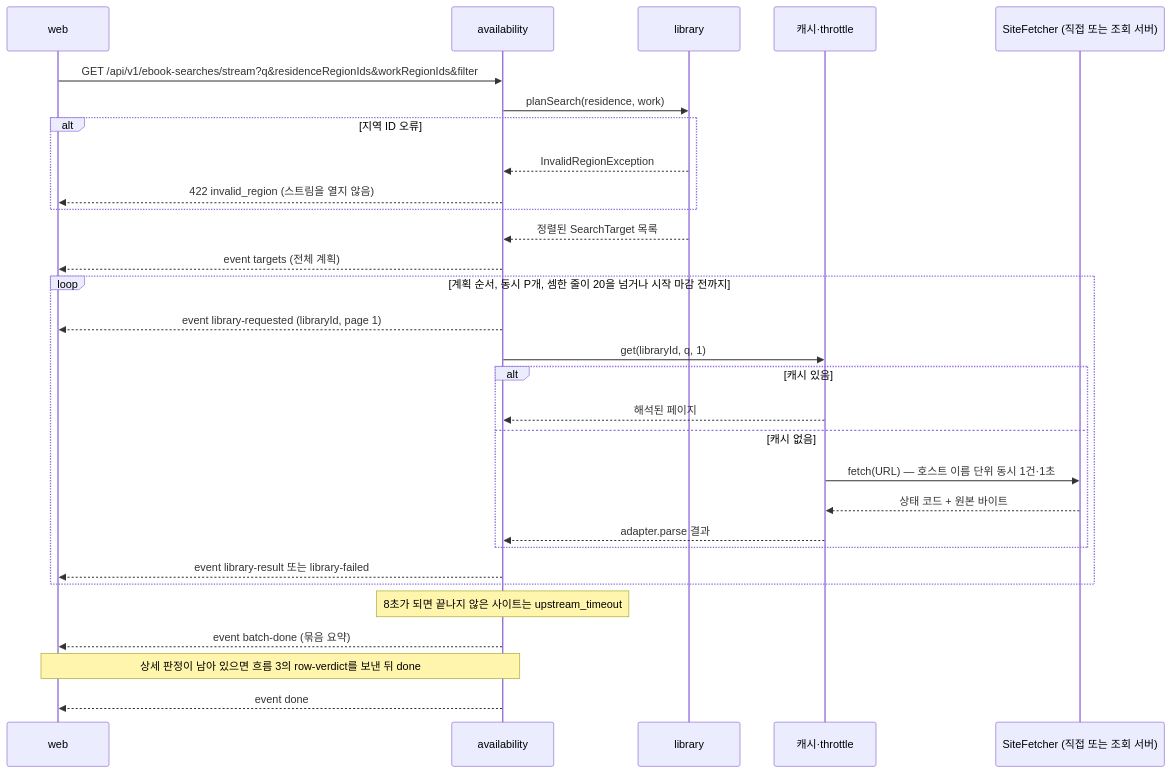
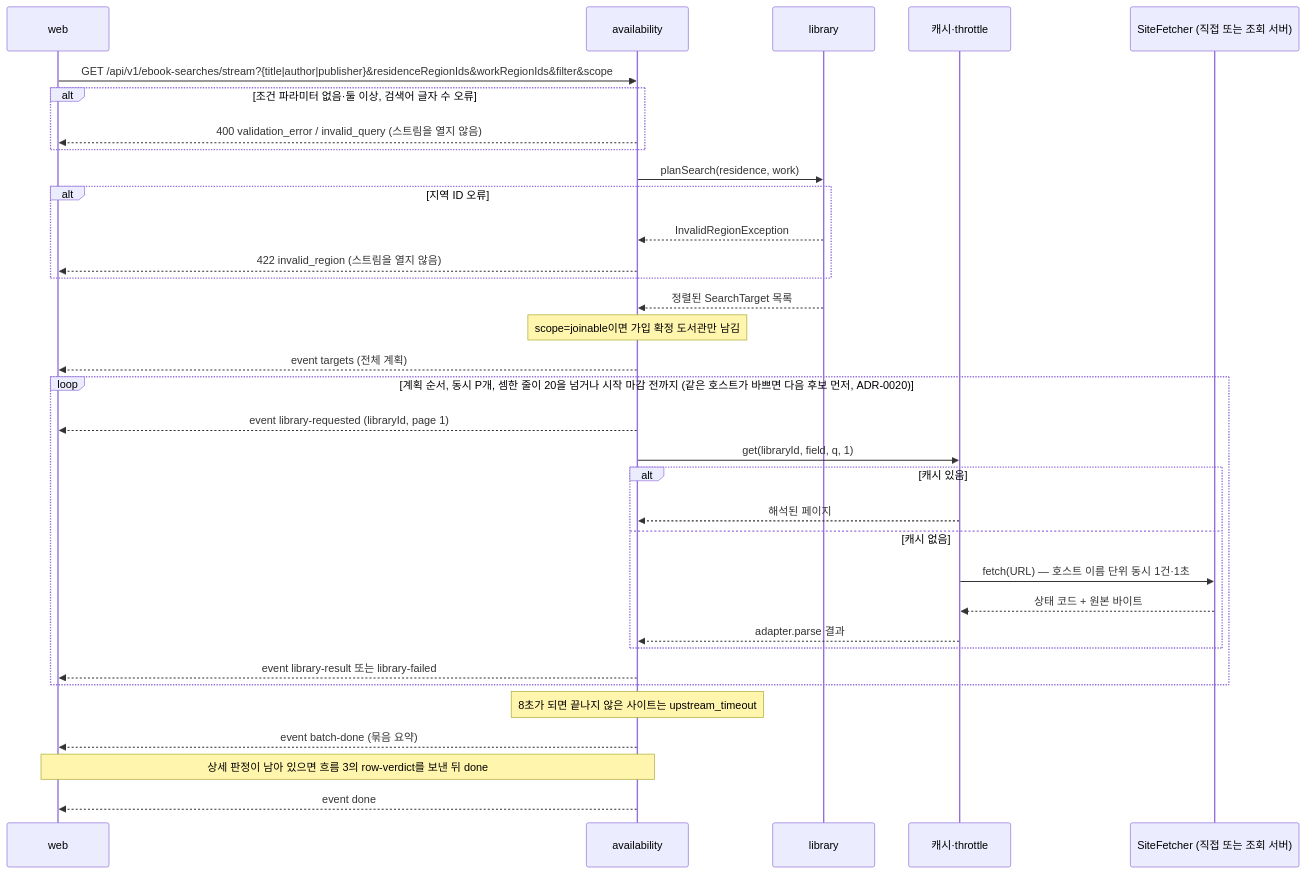
Before and after one commit to hodu-sketch/chaekcheck-plan: the second of 6 diagrams in docs/current/flows.md, drawn with Mermaid. The commit also changed other lines of this file and 20 other files, not shown here.

````diff
--- a/docs/current/flows.md
+++ b/docs/current/flows.md
@@ -33,32 +34,36 @@
 ```mermaid
 sequenceDiagram
   participant W as web
   participant A as availability
   participant L as library
   participant C as 캐시·throttle
   participant S as SiteFetcher (직접 또는 조회 서버)
-  W->>A: GET /api/v1/ebook-searches/stream?q&residenceRegionIds&workRegionIds&filter
+  W->>A: GET /api/v1/ebook-searches/stream?{title|author|publisher}&residenceRegionIds&workRegionIds&filter&scope
+  alt 조건 파라미터 없음·둘 이상, 검색어 글자 수 오류
+    A-->>W: 400 validation_error / invalid_query (스트림을 열지 않음)
+  end
   A->>L: planSearch(residence, work)
   alt 지역 ID 오류
     L-->>A: InvalidRegionException
     A-->>W: 422 invalid_region (스트림을 열지 않음)
   end
   L-->>A: 정렬된 SearchTarget 목록
+  Note over A: scope=joinable이면 가입 확정 도서관만 남김
   A-->>W: event targets (전체 계획)
-  loop 계획 순서, 동시 P개, 셈한 줄이 20을 넘거나 시작 마감 전까지
+  loop 계획 순서, 동시 P개, 셈한 줄이 20을 넘거나 시작 마감 전까지 (같은 호스트가 바쁘면 다음 후보 먼저, ADR-0020)
     A-->>W: event library-requested (libraryId, page 1)
-    A->>C: get(libraryId, q, 1)
+    A->>C: get(libraryId, field, q, 1)
     alt 캐시 있음
       C-->>A: 해석된 페이지
     else 캐시 없음
       C->>S: fetch(URL) — 호스트 이름 단위 동시 1건·1초
       S-->>C: 상태 코드 + 원본 바이트
       C-->>A: adapter.parse 결과
     end
     A-->>W: event library-result 또는 library-failed
   end
   Note over A: 8초가 되면 끝나지 않은 사이트는 upstream_timeout
   A-->>W: event batch-done (묶음 요약)
   Note over A,W: 상세 판정이 남아 있으면 흐름 3의 row-verdict를 보낸 뒤 done
   A-->>W: event done
 ```
````
